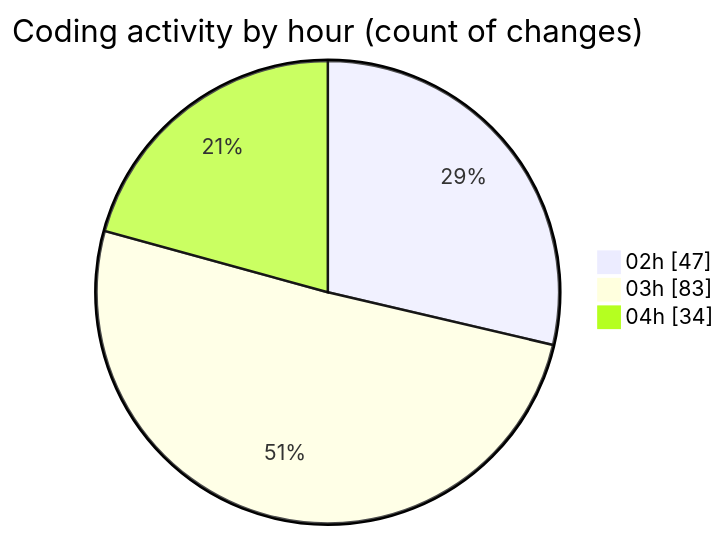
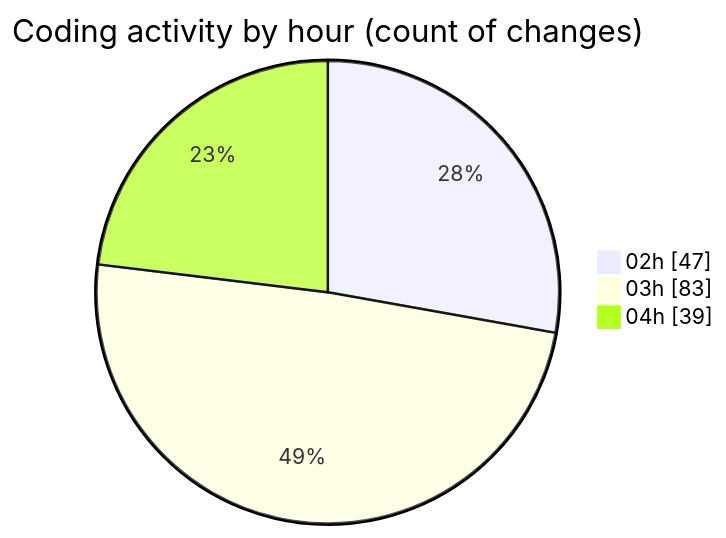
Before and after one commit to ernivani/code-tracking: the second of 2 diagrams in 2025-01-02/3drust/README.md, drawn with Mermaid. The commit also changed other lines of this file and 2 other files, not shown here.

````diff
--- a/2025-01-02/3drust/README.md
+++ b/2025-01-02/3drust/README.md
@@ -40,7 +40,7 @@
 ```mermaid
 pie showData
 title Coding activity by hour (count of changes)
 "02h" : 47
 "03h" : 83
-"04h" : 34
+"04h" : 39
 ```
````
